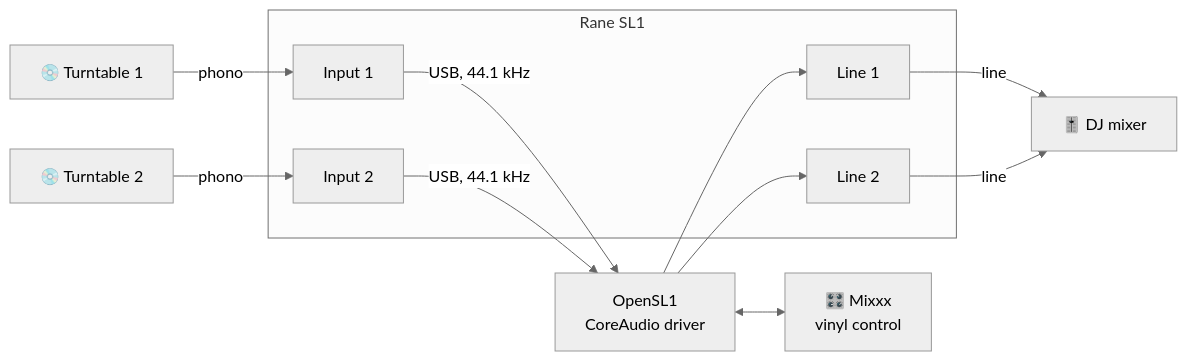
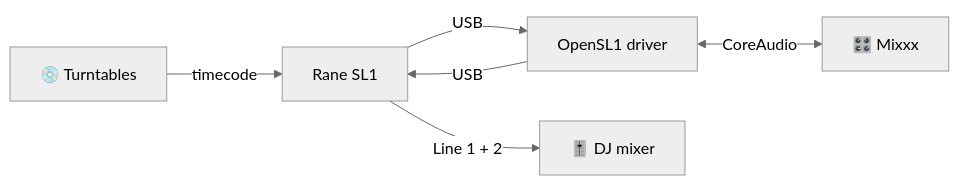
One commit to OnSerious/OpenSL1 changed the diagram in README.md. Above: the diagram before and after it, drawn with Mermaid (neutral theme). The commit also changed other lines of this file and 2 other files, not shown here.

````diff
--- a/README.md
+++ b/README.md
@@ -47,16 +71,8 @@
 ```mermaid
-flowchart LR
-    TT1["💿 Turntable 1"] -->|phono| IN1
-    TT2["💿 Turntable 2"] -->|phono| IN2
-    subgraph SL1["Rane SL1"]
-        IN1["Input 1"]
-        IN2["Input 2"]
-        L1["Line 1"]
-        L2["Line 2"]
-    end
-    IN1 & IN2 -->|USB, 44.1 kHz| DRV["OpenSL1<br/>CoreAudio driver"]
-    DRV <--> MX["🎛️ Mixxx<br/>vinyl control"]
-    DRV --> L1 & L2
-    L1 -->|line| MIX["🎚️ DJ mixer"]
-    L2 -->|line| MIX
+graph LR
+    A["💿 Turntables"] -->|timecode| B["Rane SL1"]
+    B -->|USB| C["OpenSL1 driver"]
+    C <-->|CoreAudio| D["🎛️ Mixxx"]
+    C -->|USB| B
+    B -->|Line 1 + 2| E["🎚️ DJ mixer"]
 ```
````
